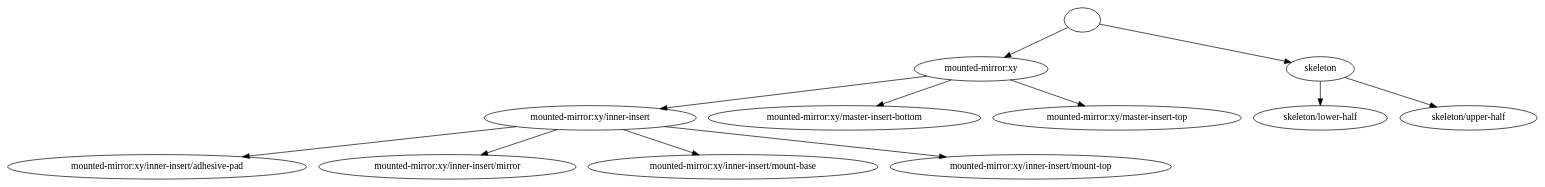
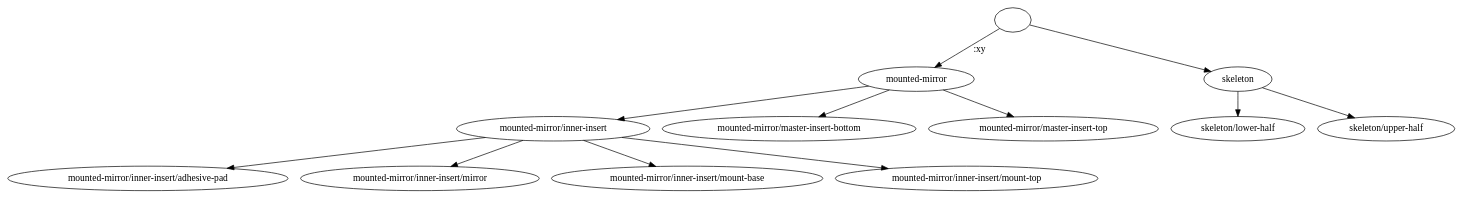
The diagram in examples/designs/cube-mounted/mirror-static.dsn/_assembly-graph:z.dot (openUC2/optikit), drawn with Graphviz before and after one commit. The commit also changed 38 other files, not shown here.

```diff
--- a/examples/designs/cube-mounted/mirror-static.dsn/_assembly-graph:z.dot
+++ b/examples/designs/cube-mounted/mirror-static.dsn/_assembly-graph:z.dot
@@ -1,74 +1,75 @@
 strict digraph "" {
-	graph [bb="0,0,1921,252"];
+	graph [bb="0,0,1809.7,270.8"];
 	node [label="\N"];
 	edge [label="\E"];
 	""	[height=0.5,
-		pos="1345.9,234",
+		pos="1252.5,252.8",
 		width=0.75];
-	"mounted-mirror:xy"	[height=0.5,
-		pos="1216.9,162",
-		width=2.3627];
-	"" -> "mounted-mirror:xy"	[key=" -> mounted-mirror:xy",
-		label="",
-		pos="e,1246.8,179.25 1325.4,221.91 1307.1,211.95 1279.6,197.03 1256.9,184.71"];
+	"mounted-mirror"	[height=0.5,
+		pos="1130.5,164",
+		width=2.0199];
+	"" -> "mounted-mirror"	[key=" -> mounted-mirror",
+		label=":xy ",
+		lp="1213.2,208.4",
+		pos="e,1153.6,181.42 1234.5,238.99 1215.7,225.62 1185.9,204.37 1163,188.07"];
 	skeleton	[height=0.5,
-		pos="1644.9,162",
+		pos="1533.5,164",
 		width=1.2005];
 	"" -> skeleton	[key=" -> skeleton",
 		label="",
-		pos="e,1607.9,171.66 1371.1,227.09 1420.9,215.43 1532.6,189.29 1596.9,174.24"];
-	"mounted-mirror:xy/inner-insert"	[height=0.5,
-		pos="727.88,90",
-		width=3.6737];
-	"mounted-mirror:xy" -> "mounted-mirror:xy/inner-insert"	[key="mounted-mirror:xy -> mounted-mirror:xy/inner-insert",
+		pos="e,1499.8,175.43 1276.5,244.4 1323.6,229.85 1428.9,197.32 1489.1,178.73"];
+	"mounted-mirror/inner-insert"	[height=0.5,
+		pos="678.54,91",
+		width=3.3309];
+	"mounted-mirror" -> "mounted-mirror/inner-insert"	[key="mounted-mirror -> mounted-mirror/inner-insert",
 		label="",
-		pos="e,816.42,103.67 1147.9,151.12 1064.3,139.16 922.91,118.92 827.53,105.26"];
-	"mounted-mirror:xy/master-insert-bottom"	[height=0.5,
-		pos="1046.9,90",
-		width=4.687];
-	"mounted-mirror:xy" -> "mounted-mirror:xy/master-insert-bottom"	[key="mounted-mirror:xy -> mounted-mirror:xy/master-insert-bottom",
+		pos="e,759.05,104.65 1070.5,153.57 993.72,141.51 859.92,120.49 770.3,106.41"];
+	"mounted-mirror/master-insert-bottom"	[height=0.5,
+		pos="972.54,91",
+		width=4.3442];
+	"mounted-mirror" -> "mounted-mirror/master-insert-bottom"	[key="mounted-mirror -> mounted-mirror/master-insert-bottom",
 		label="",
-		pos="e,1087.8,107.84 1179.2,145.46 1155.3,135.66 1124.3,122.86 1098.2,112.14"];
-	"mounted-mirror:xy/master-insert-top"	[height=0.5,
-		pos="1386.9,90",
-		width=4.2697];
-	"mounted-mirror:xy" -> "mounted-mirror:xy/master-insert-top"	[key="mounted-mirror:xy -> mounted-mirror:xy/master-insert-top",
+		pos="e,1010.3,108.95 1096.6,147.77 1074.4,137.79 1045.1,124.59 1020.5,113.54"];
+	"mounted-mirror/master-insert-top"	[height=0.5,
+		pos="1288.5,91",
+		width=3.9269];
+	"mounted-mirror" -> "mounted-mirror/master-insert-top"	[key="mounted-mirror -> mounted-mirror/master-insert-top",
 		label="",
-		pos="e,1346,107.84 1254.6,145.46 1278.4,135.66 1309.5,122.86 1335.5,112.14"];
-	"mounted-mirror:xy/inner-insert/adhesive-pad"	[height=0.5,
-		pos="185.88,18",
-		width=5.1633];
-	"mounted-mirror:xy/inner-insert" -> "mounted-mirror:xy/inner-insert/adhesive-pad"	[key="mounted-mirror:xy/inner-insert -> mounted-mirror:xy/inner-insert/adhesive-pad",
+		pos="e,1251.1,108.82 1164.4,147.77 1186.7,137.75 1216.2,124.49 1240.9,113.42"];
+	"mounted-mirror/inner-insert/adhesive-pad"	[height=0.5,
+		pos="173.54,18",
+		width=4.8206];
+	"mounted-mirror/inner-insert" -> "mounted-mirror/inner-insert/adhesive-pad"	[key="mounted-mirror/inner-insert -> mounted-mirror/inner-insert/adhesive-pad",
 		label="",
-		pos="e,294.48,33.026 634.4,76.927 543.42,65.177 404.79,47.272 305.75,34.481"];
-	"mounted-mirror:xy/inner-insert/mirror"	[height=0.5,
-		pos="548.88,18",
-		width=4.4335];
-	"mounted-mirror:xy/inner-insert" -> "mounted-mirror:xy/inner-insert/mirror"	[key="mounted-mirror:xy/inner-insert -> mounted-mirror:xy/inner-insert/mirror",
+		pos="e,273.65,33.074 593.16,77.996 508.3,66.065 377.72,47.707 284.79,34.641"];
+	"mounted-mirror/inner-insert/mirror"	[height=0.5,
+		pos="512.54,18",
+		width=4.0907];
+	"mounted-mirror/inner-insert" -> "mounted-mirror/inner-insert/mirror"	[key="mounted-mirror/inner-insert -> mounted-mirror/inner-insert/mirror",
 		label="",
-		pos="e,591.83,35.795 685.91,72.588 661.03,62.857 629.24,50.424 602.54,39.985"];
-	"mounted-mirror:xy/inner-insert/mount-base"	[height=0.5,
-		pos="906.88,18",
-		width=4.9997];
-	"mounted-mirror:xy/inner-insert" -> "mounted-mirror:xy/inner-insert/mount-base"	[key="mounted-mirror:xy/inner-insert -> mounted-mirror:xy/inner-insert/mount-base",
+		pos="e,551.7,35.747 640.04,73.533 616.83,63.604 587.02,50.855 562.06,40.181"];
+	"mounted-mirror/inner-insert/mount-base"	[height=0.5,
+		pos="845.54,18",
+		width=4.657];
+	"mounted-mirror/inner-insert" -> "mounted-mirror/inner-insert/mount-base"	[key="mounted-mirror/inner-insert -> mounted-mirror/inner-insert/mount-base",
 		label="",
-		pos="e,863.62,35.917 769.85,72.588 794.64,62.892 826.29,50.515 852.93,40.099"];
-	"mounted-mirror:xy/inner-insert/mount-top"	[height=0.5,
-		pos="1279.9,18",
-		width=4.8659];
-	"mounted-mirror:xy/inner-insert" -> "mounted-mirror:xy/inner-insert/mount-top"	[key="mounted-mirror:xy/inner-insert -> mounted-mirror:xy/inner-insert/mount-top",
+		pos="e,805.86,35.871 717.27,73.533 740.54,63.64 770.4,50.947 795.45,40.296"];
+	"mounted-mirror/inner-insert/mount-top"	[height=0.5,
+		pos="1193.5,18",
+		width=4.5231];
+	"mounted-mirror/inner-insert" -> "mounted-mirror/inner-insert/mount-top"	[key="mounted-mirror/inner-insert -> mounted-mirror/inner-insert/mount-top",
 		label="",
-		pos="e,1172.8,32.582 822.14,77.046 915.93,65.153 1060.1,46.868 1161.6,34.005"];
+		pos="e,1094.3,32.685 764.74,78.116 852.19,66.06 987.89,47.352 1083.2,34.219"];
 	"skeleton/lower-half"	[height=0.5,
-		pos="1644.9,90",
+		pos="1533.5,91",
 		width=2.3922];
 	skeleton -> "skeleton/lower-half"	[key="skeleton -> skeleton/lower-half",
 		label="",
-		pos="e,1644.9,108.1 1644.9,143.7 1644.9,136.41 1644.9,127.73 1644.9,119.54"];
+		pos="e,1533.5,109.03 1533.5,145.81 1533.5,138.23 1533.5,129.1 1533.5,120.54"];
 	"skeleton/upper-half"	[height=0.5,
-		pos="1834.9,90",
+		pos="1723.5,91",
 		width=2.3922];
 	skeleton -> "skeleton/upper-half"	[key="skeleton -> skeleton/upper-half",
 		label="",
-		pos="e,1793.8,106.13 1676.3,149.44 1705.3,138.75 1748.9,122.67 1783.1,110.08"];
+		pos="e,1682.8,107.21 1564.9,151.28 1594,140.4 1637.9,124.02 1672.1,111.23"];
 }
```
